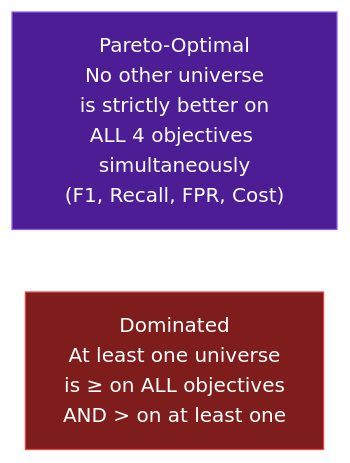
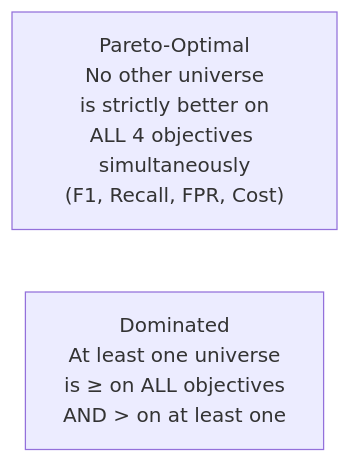
One commit to gregorizeidler/AML-multiverse-simulator changed the tenth of 23 diagrams in README.md. Above: the diagram before and after it, drawn with Mermaid. The commit also changed other lines of this file, not shown here.

Commit message:
fix: remove all custom mermaid style directives incompatible with GitHub renderer

````diff
--- a/README.md
+++ b/README.md
@@ -892,8 +843,6 @@
 ```mermaid
 flowchart LR
-    style P fill:#4c1d95,stroke:#8b5cf6,color:#fff
-    style D fill:#7f1d1d,stroke:#ef4444,color:#fff
 
     P["Pareto-Optimal\nNo other universe\nis strictly better on\nALL 4 objectives simultaneously\n(F1, Recall, FPR, Cost)"]
     D["Dominated\nAt least one universe\nis ≥ on ALL objectives\nAND > on at least one"]
 ```
````
